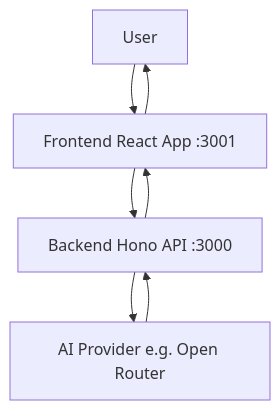
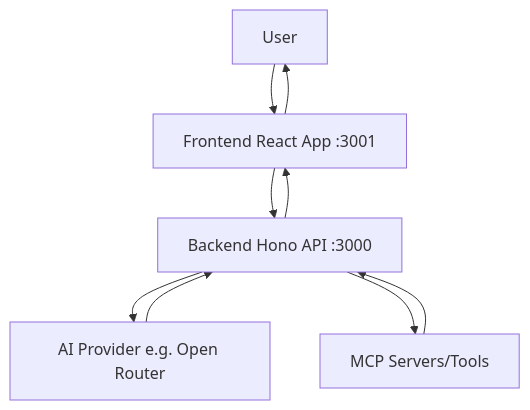
The diagram in AGENTS.md (cameronapak/open-chat), drawn with Mermaid before and after one commit. The commit also changed other lines of this file and 47 other files, not shown here.

````diff
--- a/AGENTS.md
+++ b/AGENTS.md
@@ -18,9 +19,11 @@
 ```mermaid
 graph TD
     A[User] --> B[Frontend React App :3001]
     B --> C[Backend Hono API :3000]
     C --> D[AI Provider e.g. Open Router]
     D --> C
+    C --> E[MCP Servers/Tools]
+    E --> C
     C --> B
     B --> A
 ```
````
